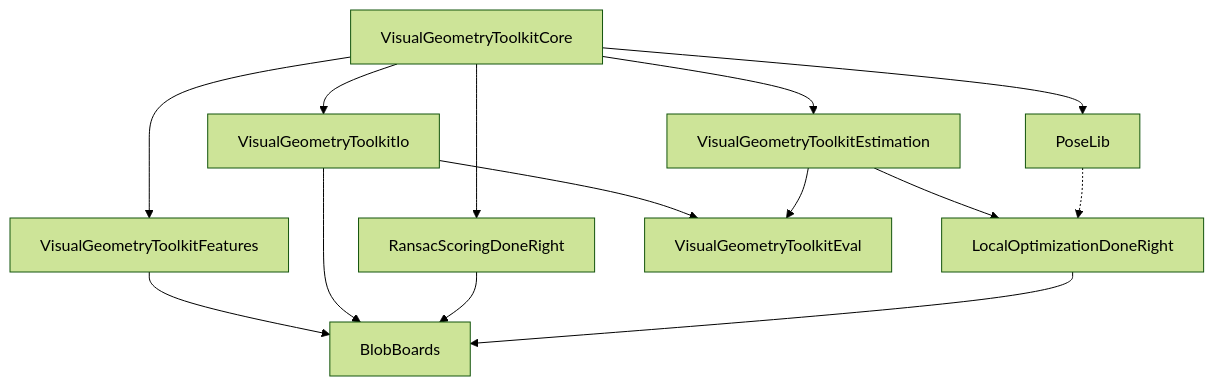
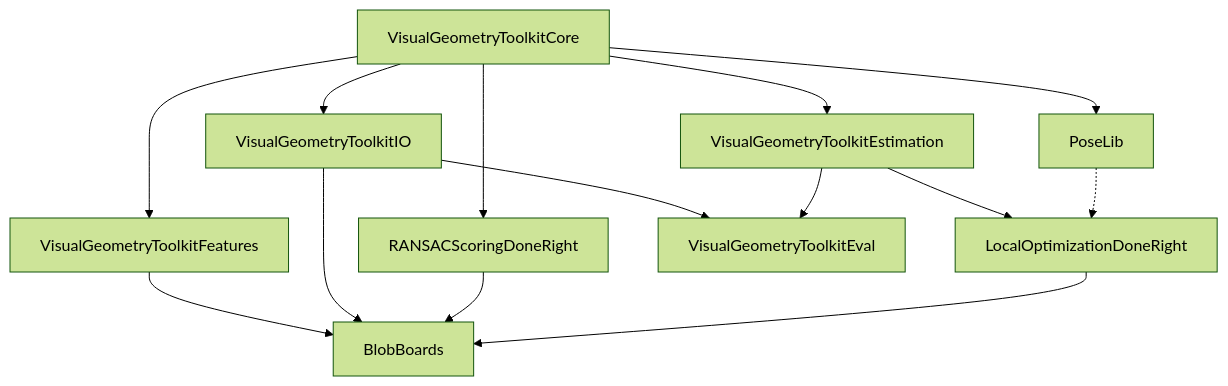
The diagram in README.md (VisualGeometryToolkit/VisualGeometryToolkit.jl), drawn with Mermaid (forest theme) before and after one commit. The commit also changed other lines of this file and 160 other files, not shown here.

First line of the commit message:
Rename VisualGeometryToolkitIo to VisualGeometryToolkitIO (new UUID)

````diff
--- a/README.md
+++ b/README.md
@@ -35,26 +35,26 @@
 ```mermaid
 graph TD
     VGC["VisualGeometryToolkitCore"]
     VGF["VisualGeometryToolkitFeatures"]
-    VGIO["VisualGeometryToolkitIo"]
+    VGIO["VisualGeometryToolkitIO"]
     RVG["VisualGeometryToolkitEstimation"]
     PL["PoseLib"]
-    RSDR["RansacScoringDoneRight"]
+    RSDR["RANSACScoringDoneRight"]
     LODR["LocalOptimizationDoneRight"]
     VGE["VisualGeometryToolkitEval"]
     BB["BlobBoards"]
 
     VGC --> VGF
     VGC --> VGIO
     VGC --> RVG
     VGC --> PL
     VGC --> RSDR
     VGIO --> VGE
     RVG --> VGE
     RVG --> LODR
     PL -.-> LODR
     VGF --> BB
     VGIO --> BB
     RSDR --> BB
     LODR --> BB
 ```
````
